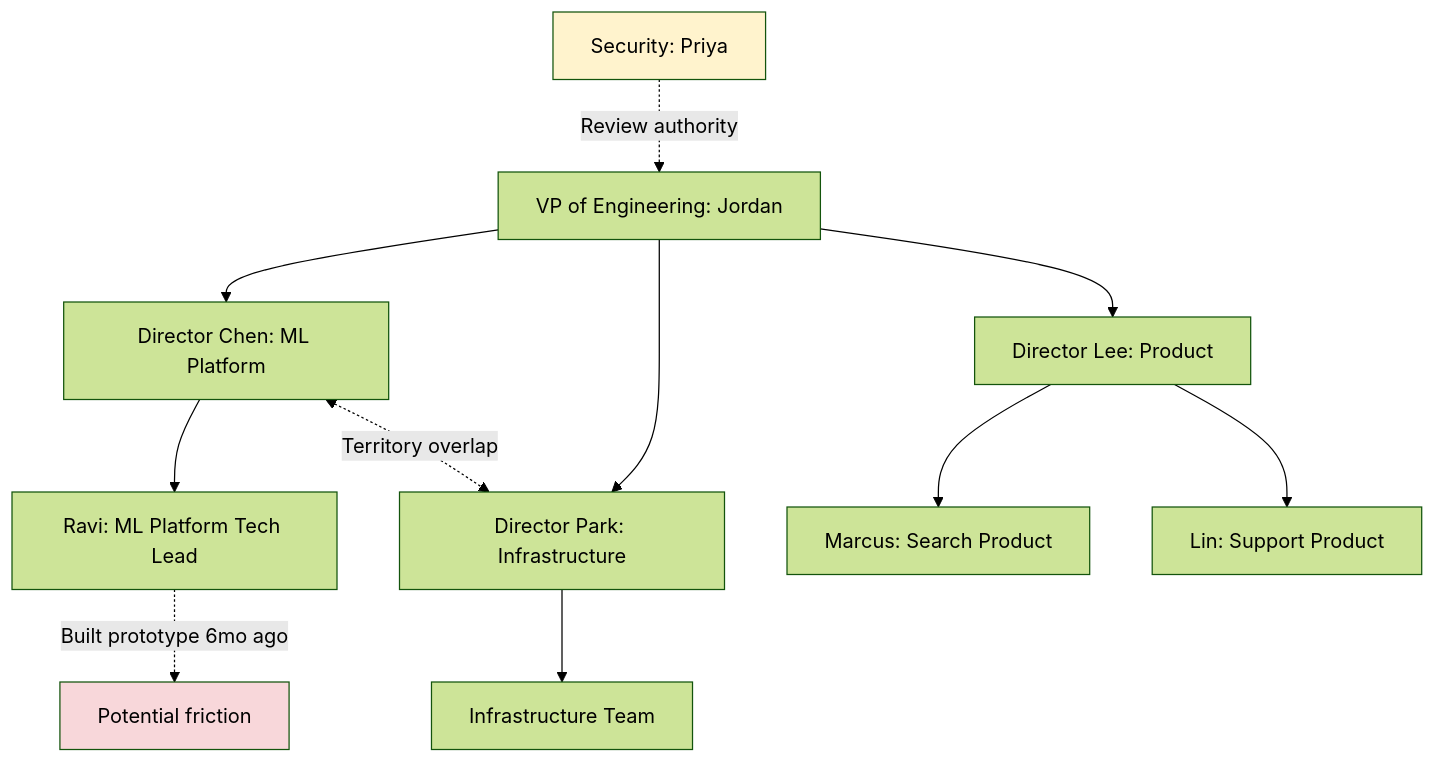
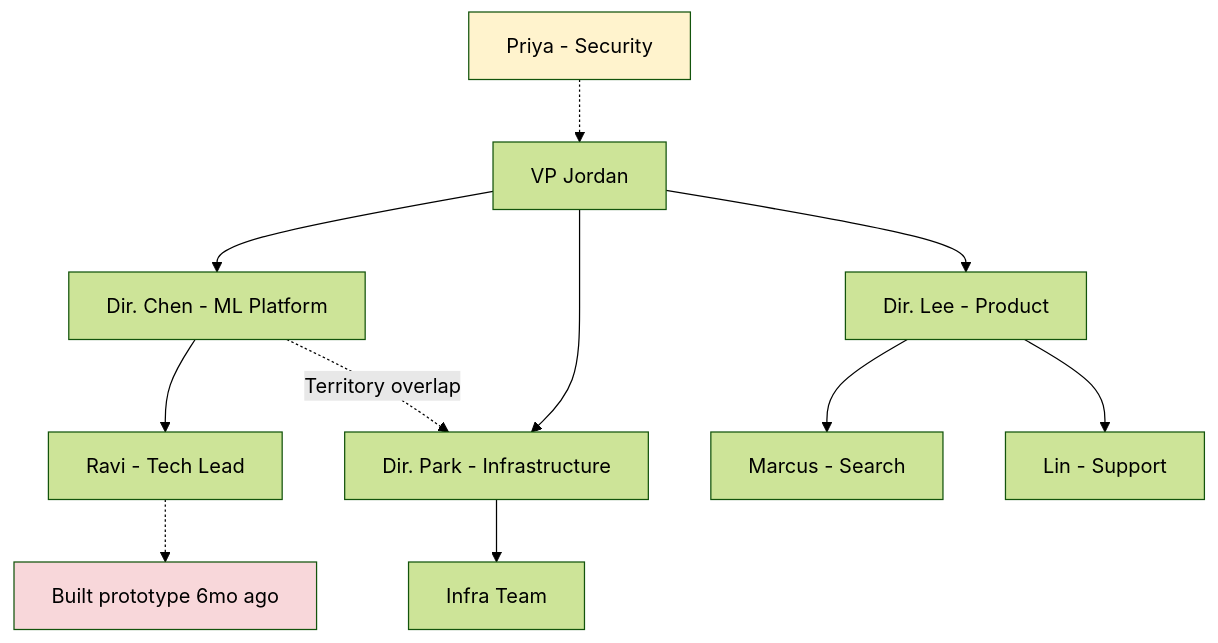
The third of 4 diagrams in blogs/staff-engineers-path-build-context.md (deepanshululla/deepanshululla.github.io), drawn with Mermaid (forest theme) before and after one commit. The commit also changed other lines of this file and 5 other files, not shown here.

````diff
--- a/blogs/staff-engineers-path-build-context.md
+++ b/blogs/staff-engineers-path-build-context.md
@@ -71,15 +70,15 @@
 ```mermaid
 graph TD
-    A[VP of Engineering: Jordan] --> B[Director Chen: ML Platform]
-    A --> C[Director Park: Infrastructure]
-    A --> D[Director Lee: Product]
-    B --> E[Ravi: ML Platform Tech Lead]
-    C --> F[Infrastructure Team]
-    D --> G[Marcus: Search Product]
-    D --> H[Lin: Support Product]
-    I[Security: Priya] -.->|Review authority| A
-    E -.->|Built prototype 6mo ago| J[Potential friction]
-    B <-.->|Territory overlap| C
+    A[VP Jordan] --> B[Dir. Chen - ML Platform]
+    A --> C[Dir. Park - Infrastructure]
+    A --> D[Dir. Lee - Product]
+    B --> E[Ravi - Tech Lead]
+    C --> F[Infra Team]
+    D --> G[Marcus - Search]
+    D --> H[Lin - Support]
+    I[Priya - Security] -.-> A
+    E -.-> J[Built prototype 6mo ago]
+    B -.->|Territory overlap| C
     style J fill:#f8d7da
     style I fill:#fff3cd
 ```
````
